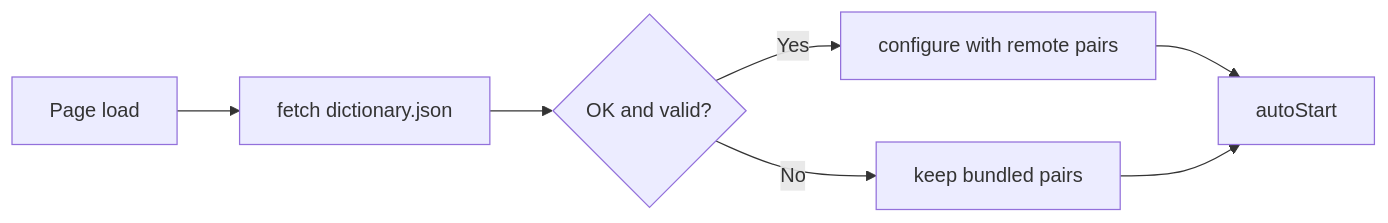
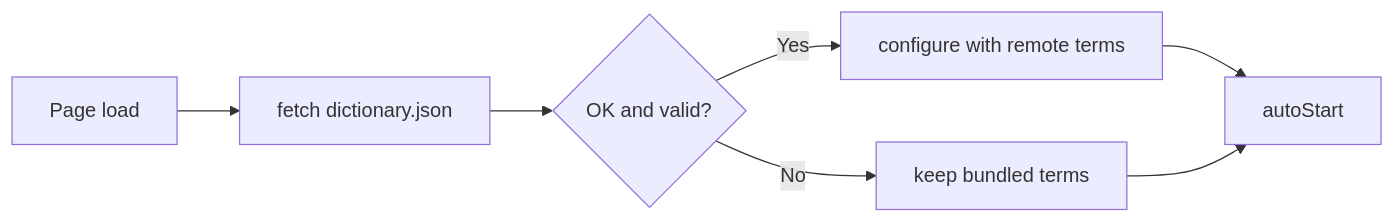
The diagram in docs/design/translation/30-dictionary-sync.md (JaceDashS/udemy-korean-translator), drawn with Mermaid before and after one commit. The commit also changed other lines of this file and 13 other files, not shown here.

````diff
--- a/docs/design/translation/30-dictionary-sync.md
+++ b/docs/design/translation/30-dictionary-sync.md
@@ -17,9 +17,9 @@
 ```mermaid
 flowchart LR
     A[Page load] --> B[fetch dictionary.json]
     B --> C{OK and valid?}
-    C -- Yes --> D[configure with remote pairs]
-    C -- No --> E[keep bundled pairs]
+    C -- Yes --> D[configure with remote terms]
+    C -- No --> E[keep bundled terms]
     D --> F[autoStart]
     E --> F
 ```
````
